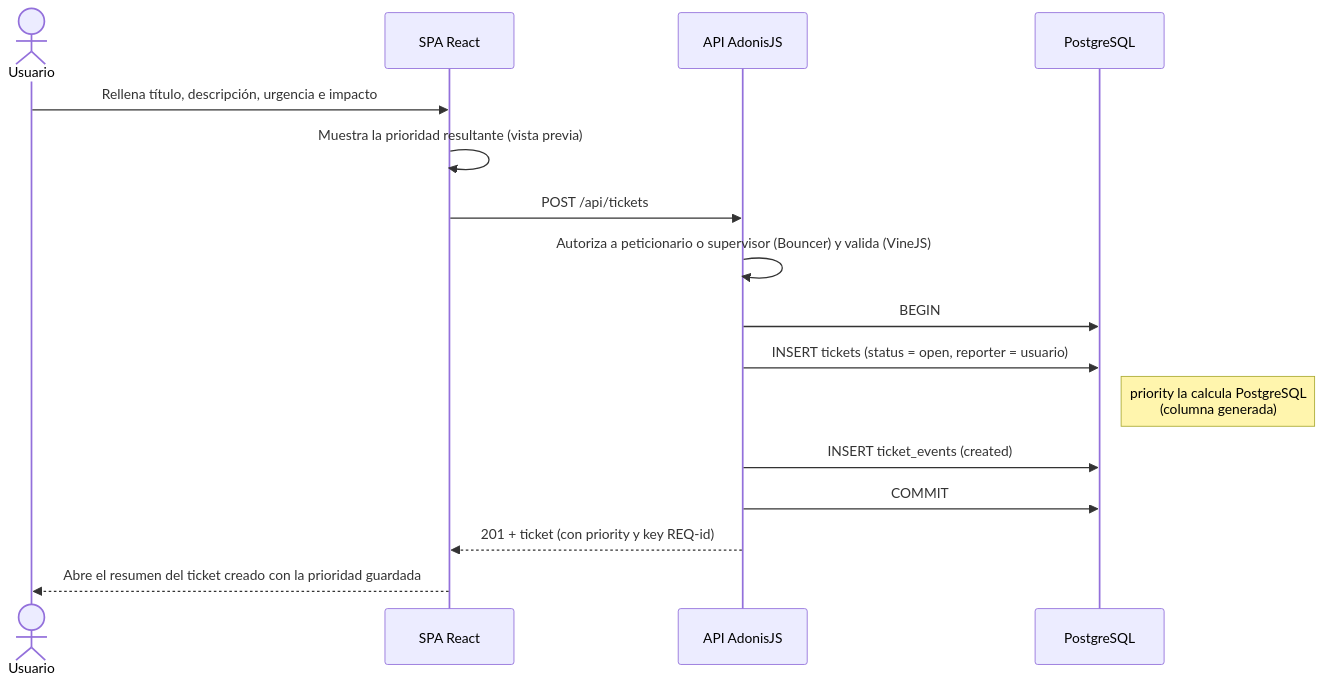
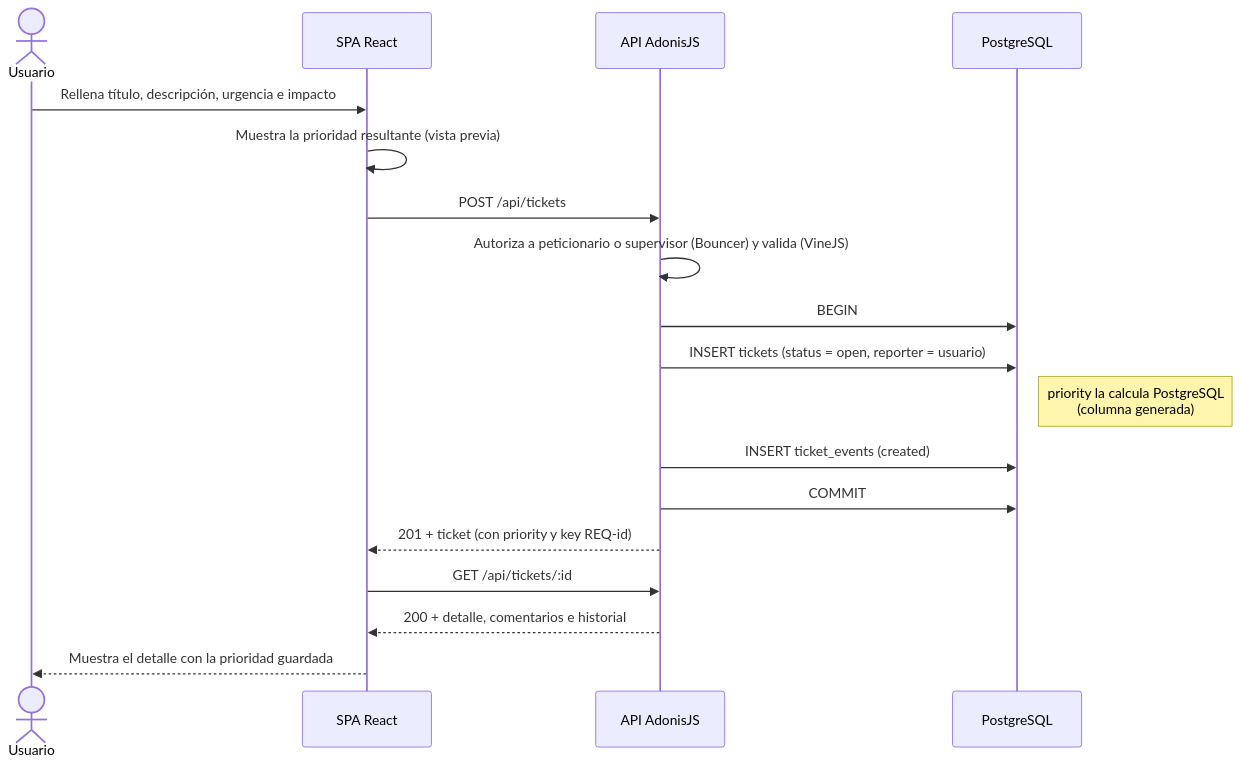
Before and after one commit to pedrolaralara/AI4Devs-finalproject: the seventh of 11 diagrams in ARQUITECTURA.md, drawn with Mermaid. The commit also changed other lines of this file and 10 other files, not shown here.

Commit message:
Integrar el detalle de tickets en React

````diff
--- a/ARQUITECTURA.md
+++ b/ARQUITECTURA.md
@@ -294,19 +294,21 @@
 ```mermaid
 sequenceDiagram
     actor U as Usuario
     participant SPA as SPA React
     participant API as API AdonisJS
     participant DB as PostgreSQL
 
     U->>SPA: Rellena título, descripción, urgencia e impacto
     SPA->>SPA: Muestra la prioridad resultante (vista previa)
     SPA->>API: POST /api/tickets
     API->>API: Autoriza a peticionario o supervisor (Bouncer) y valida (VineJS)
     API->>DB: BEGIN
     API->>DB: INSERT tickets (status = open, reporter = usuario)
     Note right of DB: priority la calcula PostgreSQL<br/>(columna generada)
     API->>DB: INSERT ticket_events (created)
     API->>DB: COMMIT
     API-->>SPA: 201 + ticket (con priority y key REQ-id)
-    SPA-->>U: Abre el resumen del ticket creado con la prioridad guardada
+    SPA->>API: GET /api/tickets/:id
+    API-->>SPA: 200 + detalle, comentarios e historial
+    SPA-->>U: Muestra el detalle con la prioridad guardada
 ```
````
